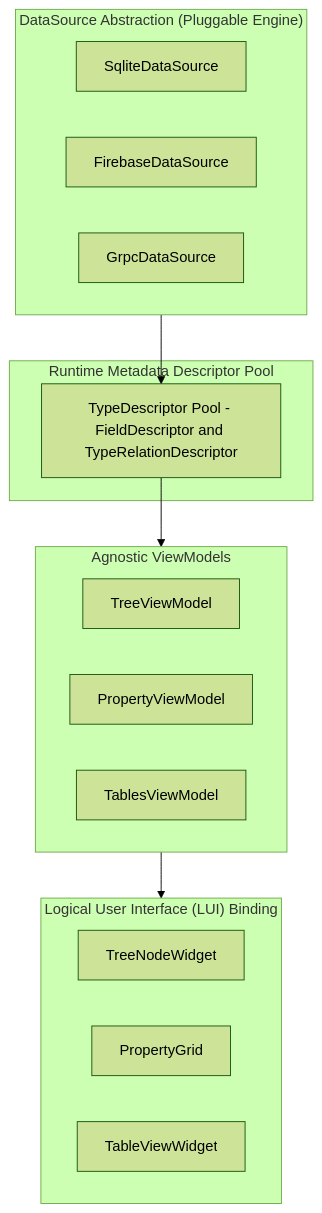
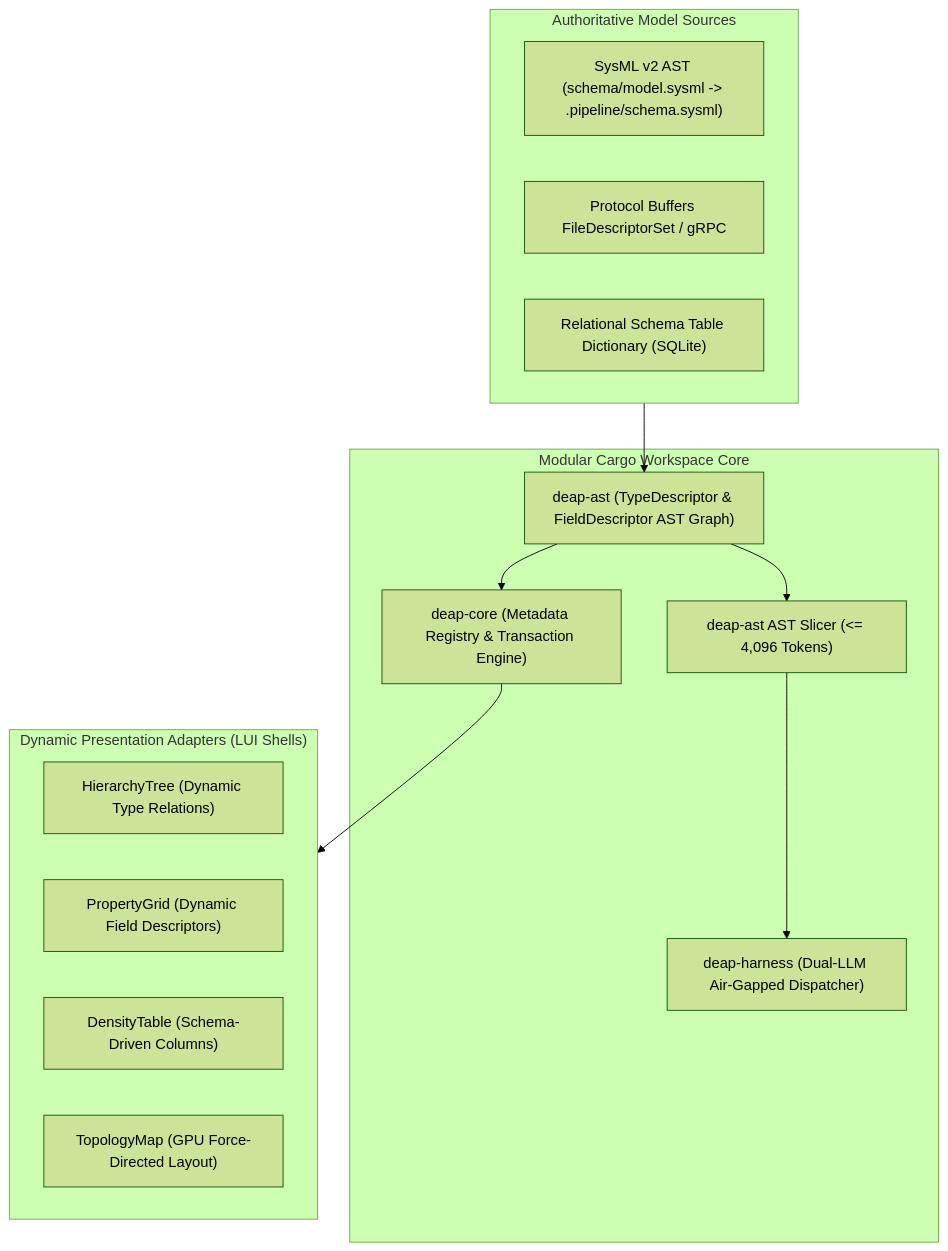
Before and after one commit to gintatkinson/DEAP01-spec-core: the diagram in docs/architecture/blueprints/RUNTIME_METADATA_ENGINE.md, drawn with Mermaid (forest theme). The commit also changed other lines of this file and 34 other files, not shown here.

Commit message:
docs(architecture): decontaminate reference blueprints and establish master execution plan (refs #405, refs #406)

````diff
--- a/docs/architecture/blueprints/RUNTIME_METADATA_ENGINE.md
+++ b/docs/architecture/blueprints/RUNTIME_METADATA_ENGINE.md
@@ -141,28 +38,28 @@
 ```mermaid
 flowchart TD
-    subgraph DataSource_Layer ["DataSource Abstraction (Pluggable Engine)"]
-        SqliteDS["SqliteDataSource"]
-        FirebaseDS["FirebaseDataSource"]
-        GrpcDS["GrpcDataSource"]
+    subgraph ModelSource ["Authoritative Model Sources"]
+        SysMLAST["SysML v2 AST (schema/model.sysml -> .pipeline/schema.sysml)"]
+        ProtoReflect["Protocol Buffers FileDescriptorSet / gRPC"]
+        RelationalDict["Relational Schema Table Dictionary (SQLite)"]
     end
 
-    subgraph Metadata_Layer ["Runtime Metadata Descriptor Pool"]
-        TypeDesc["TypeDescriptor Pool - FieldDescriptor and TypeRelationDescriptor"]
+    subgraph RustWorkspace ["Modular Cargo Workspace Core"]
+        CoreCrate["deap-core (Metadata Registry & Transaction Engine)"]
+        AstCrate["deap-ast (TypeDescriptor & FieldDescriptor AST Graph)"]
+        SlicerCrate["deap-ast AST Slicer (<= 4,096 Tokens)"]
+        HarnessCrate["deap-harness (Dual-LLM Air-Gapped Dispatcher)"]
     end
 
-    subgraph ViewModel_Layer ["Agnostic ViewModels"]
-        TreeVM["TreeViewModel"]
-        PropertyVM["PropertyViewModel"]
-        TableVM["TablesViewModel"]
+    subgraph ClientAdapters ["Dynamic Presentation Adapters (LUI Shells)"]
+        TreeWidget["HierarchyTree (Dynamic Type Relations)"]
+        GridWidget["PropertyGrid (Dynamic Field Descriptors)"]
+        TableWidget["DensityTable (Schema-Driven Columns)"]
+        MapWidget["TopologyMap (GPU Force-Directed Layout)"]
     end
 
-    subgraph LUI_Layer ["Logical User Interface (LUI) Binding"]
-        TreeWidget["TreeNodeWidget"]
-        GridWidget["PropertyGrid"]
-        TableWidget["TableViewWidget"]
-    end
-
-    DataSource_Layer --> TypeDesc
-    TypeDesc --> ViewModel_Layer
-    ViewModel_Layer --> LUI_Layer
+    ModelSource --> AstCrate
+    AstCrate --> CoreCrate
+    AstCrate --> SlicerCrate
+    SlicerCrate --> HarnessCrate
+    CoreCrate --> ClientAdapters
 ```
````
